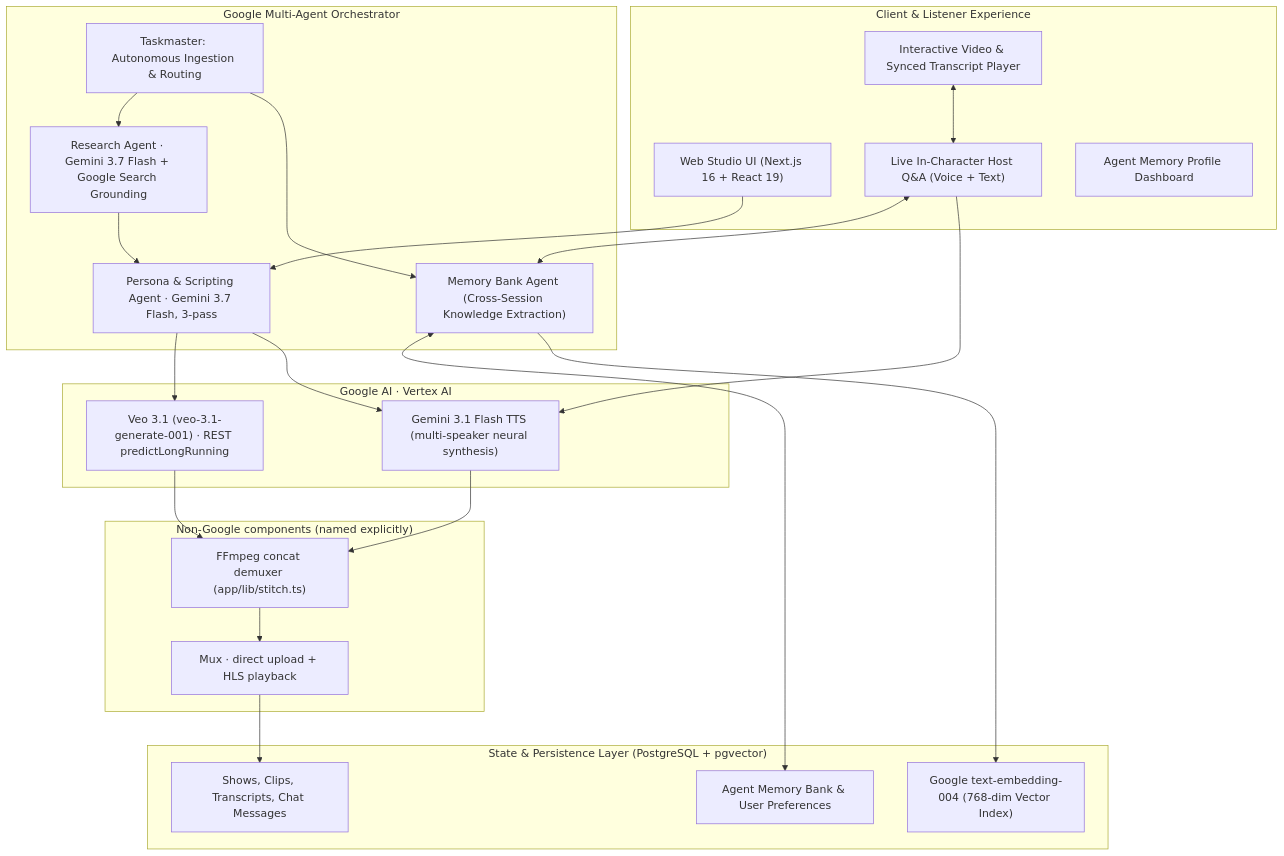
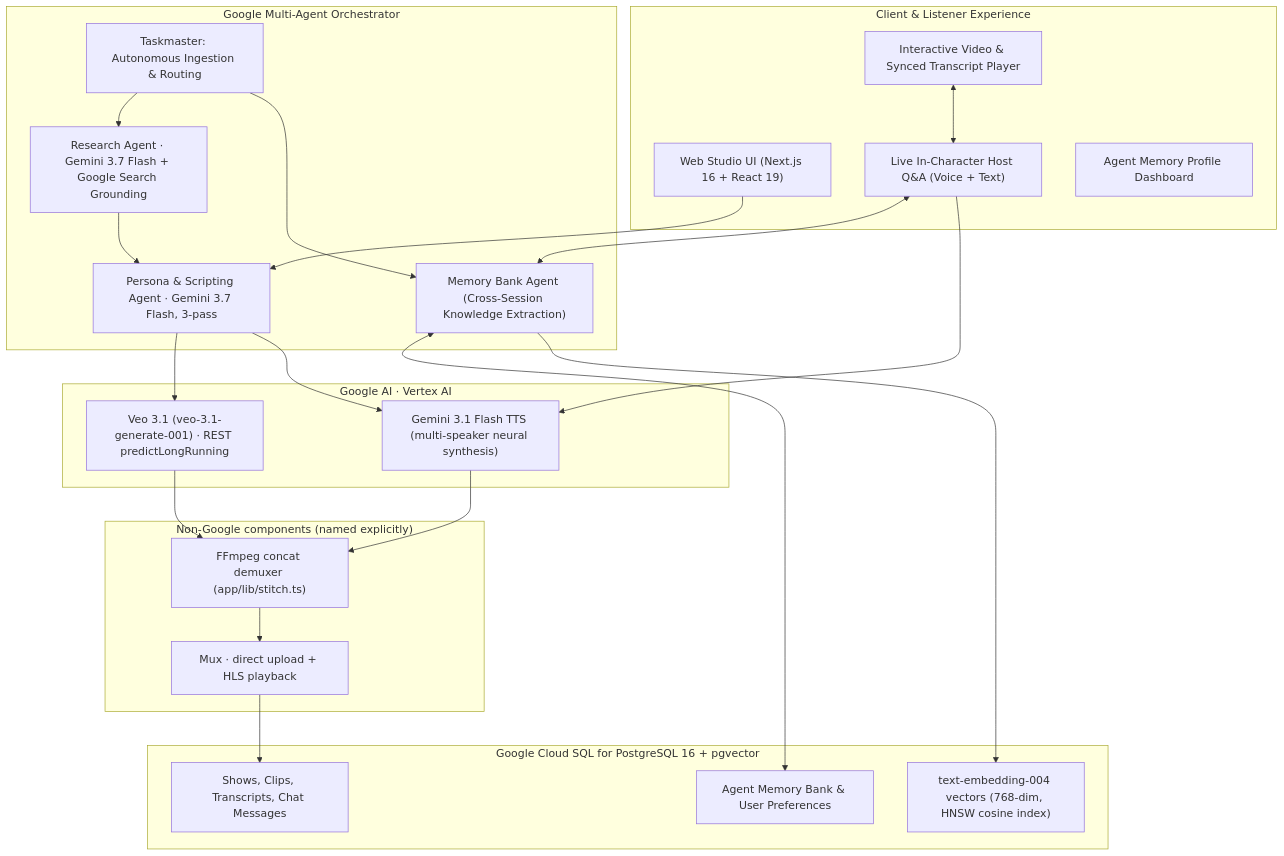
Before and after one commit to arjunlohan/multimodal-frontier-hackathon-interdimensional-cable: the diagram in README.md, drawn with Mermaid. The commit also changed other lines of this file and 3 other files, not shown here.

First line of the commit message:
feat: run application state on Google Cloud SQL for PostgreSQL

````diff
--- a/README.md
+++ b/README.md
@@ -45,50 +45,50 @@
 ```mermaid
 flowchart TB
     subgraph ClientLayer ["Client & Listener Experience"]
         UserUI["Web Studio UI (Next.js 16 + React 19)"]
         LivePlayer["Interactive Video & Synced Transcript Player"]
         ChatEngine["Live In-Character Host Q&A (Voice + Text)"]
         MemoryView["Agent Memory Profile Dashboard"]
     end
 
     subgraph AgentCore ["Google Multi-Agent Orchestrator"]
         TaskmasterAgent["Taskmaster: Autonomous Ingestion & Routing"]
         ResearchAgent["Research Agent · Gemini 3.7 Flash + Google Search Grounding"]
         DramaturgyAgent["Persona & Scripting Agent · Gemini 3.7 Flash, 3-pass"]
         MemoryBankAgent["Memory Bank Agent (Cross-Session Knowledge Extraction)"]
     end
 
     subgraph GoogleAI ["Google AI · Vertex AI"]
         VideoGen["Veo 3.1 (veo-3.1-generate-001) · REST predictLongRunning"]
         GeminiTTS["Gemini 3.1 Flash TTS (multi-speaker neural synthesis)"]
     end
 
     subgraph External ["Non-Google components (named explicitly)"]
         FFmpeg["FFmpeg concat demuxer (app/lib/stitch.ts)"]
         MuxDelivery["Mux · direct upload + HLS playback"]
     end
 
-    subgraph DataLayer ["State & Persistence Layer (PostgreSQL + pgvector)"]
+    subgraph DataLayer ["Google Cloud SQL for PostgreSQL 16 + pgvector"]
         DBSchema["Shows, Clips, Transcripts, Chat Messages"]
         DBMemory["Agent Memory Bank & User Preferences"]
-        DBVector["Google text-embedding-004 (768-dim Vector Index)"]
+        DBVector["text-embedding-004 vectors (768-dim, HNSW cosine index)"]
     end
 
     UserUI --> DramaturgyAgent
     TaskmasterAgent --> ResearchAgent
     TaskmasterAgent --> MemoryBankAgent
     MemoryBankAgent <--> DBMemory
 
     ResearchAgent --> DramaturgyAgent
     DramaturgyAgent --> VideoGen
     DramaturgyAgent --> GeminiTTS
     VideoGen --> FFmpeg
     GeminiTTS --> FFmpeg
     FFmpeg --> MuxDelivery
     MuxDelivery --> DBSchema
 
     LivePlayer <--> ChatEngine
     ChatEngine <--> MemoryBankAgent
     ChatEngine --> GeminiTTS
     MemoryBankAgent --> DBVector
 ```
````
